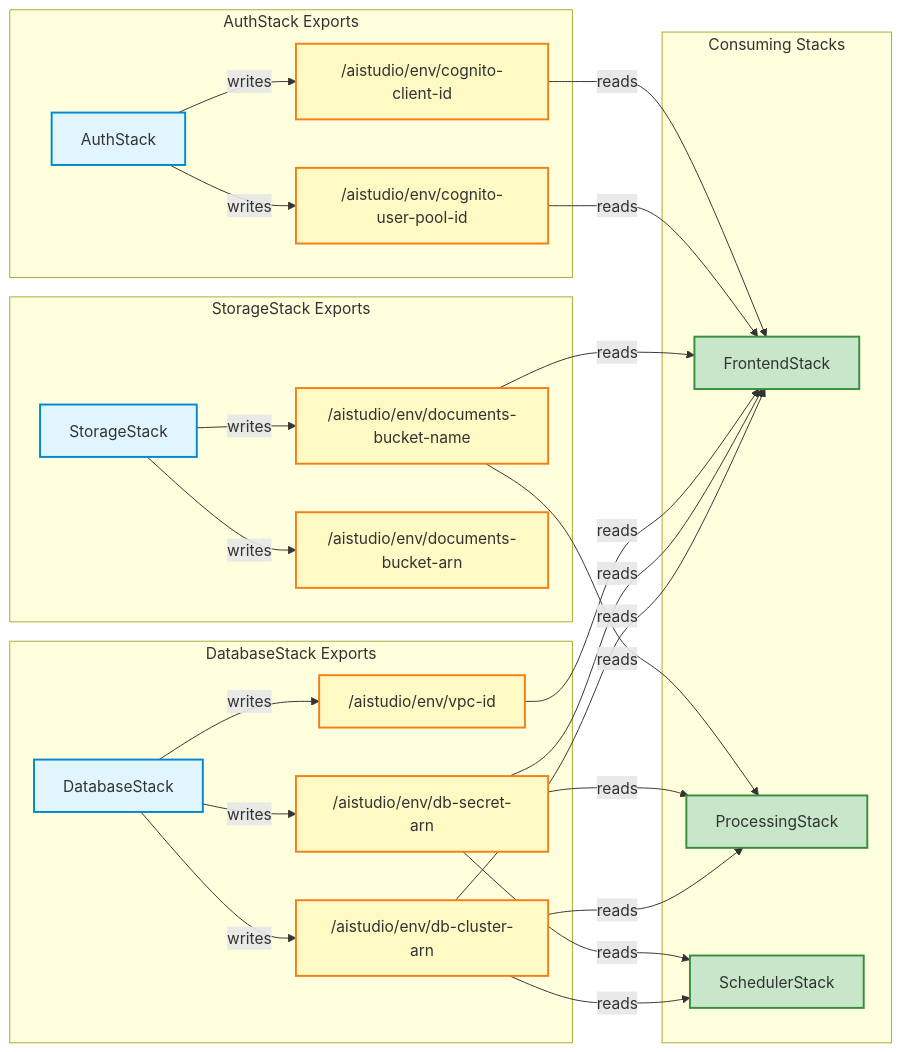
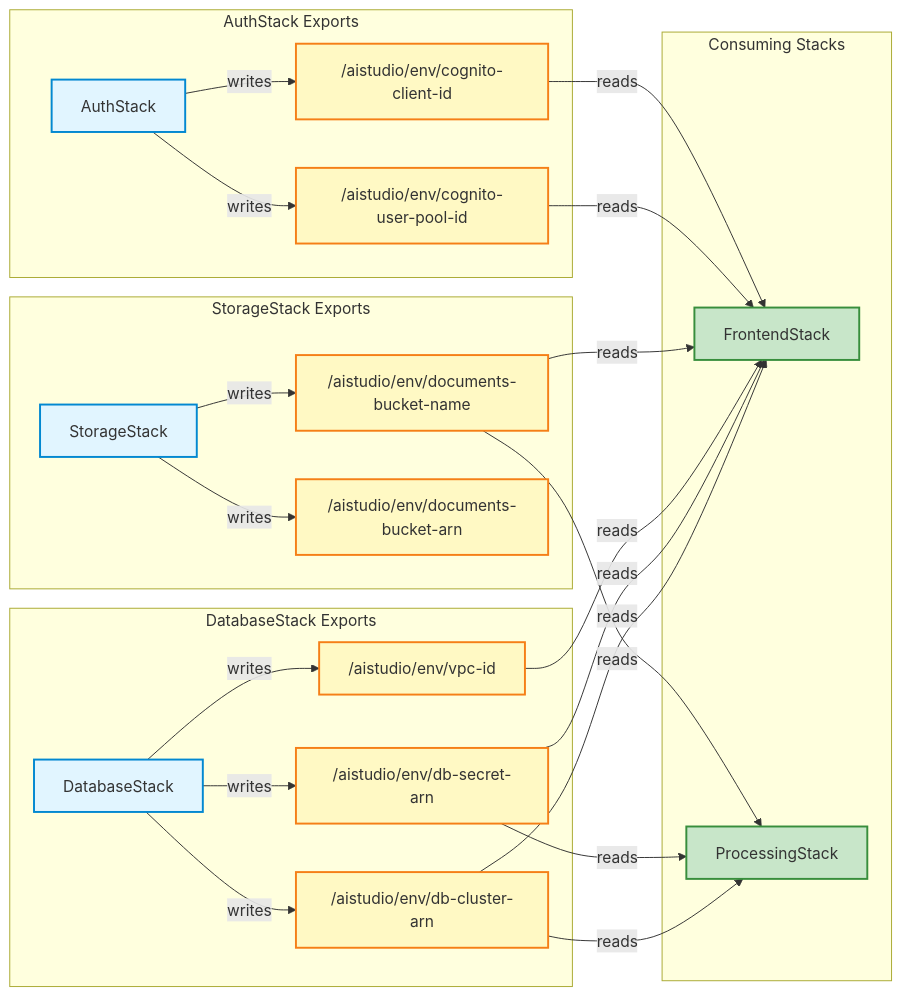
One commit to psd401/aistudio changed the second of 2 diagrams in docs/diagrams/01-cdk-stack-dependencies.md. Above: the diagram before and after it, drawn with Mermaid. The commit also changed other lines of this file and 8 other files, not shown here.

````diff
--- a/docs/diagrams/01-cdk-stack-dependencies.md
+++ b/docs/diagrams/01-cdk-stack-dependencies.md
@@ -63,49 +55,45 @@
 ```mermaid
 graph LR
     subgraph "DatabaseStack Exports"
         DB[DatabaseStack]
         DB --> |writes| SSM1["/aistudio/env/db-cluster-arn"]
         DB --> |writes| SSM2["/aistudio/env/db-secret-arn"]
         DB --> |writes| SSM3["/aistudio/env/vpc-id"]
     end
 
     subgraph "StorageStack Exports"
         STORAGE[StorageStack]
         STORAGE --> |writes| SSM4["/aistudio/env/documents-bucket-name"]
         STORAGE --> |writes| SSM5["/aistudio/env/documents-bucket-arn"]
     end
 
     subgraph "AuthStack Exports"
         AUTH[AuthStack]
         AUTH --> |writes| SSM6["/aistudio/env/cognito-user-pool-id"]
         AUTH --> |writes| SSM7["/aistudio/env/cognito-client-id"]
     end
 
     subgraph "Consuming Stacks"
         FE[FrontendStack]
         PROC[ProcessingStack]
-        SCHED[SchedulerStack]
     end
 
     SSM1 --> |reads| FE
     SSM2 --> |reads| FE
     SSM3 --> |reads| FE
     SSM4 --> |reads| FE
     SSM6 --> |reads| FE
     SSM7 --> |reads| FE
 
     SSM1 --> |reads| PROC
     SSM2 --> |reads| PROC
     SSM4 --> |reads| PROC
 
-    SSM1 --> |reads| SCHED
-    SSM2 --> |reads| SCHED
-
     classDef export fill:#e1f5ff,stroke:#0288d1,stroke-width:2px
     classDef param fill:#fff9c4,stroke:#f57f17,stroke-width:2px
     classDef consumer fill:#c8e6c9,stroke:#388e3c,stroke-width:2px
 
     class DB,STORAGE,AUTH export
     class SSM1,SSM2,SSM3,SSM4,SSM5,SSM6,SSM7 param
-    class FE,PROC,SCHED consumer
+    class FE,PROC consumer
 ```
````
